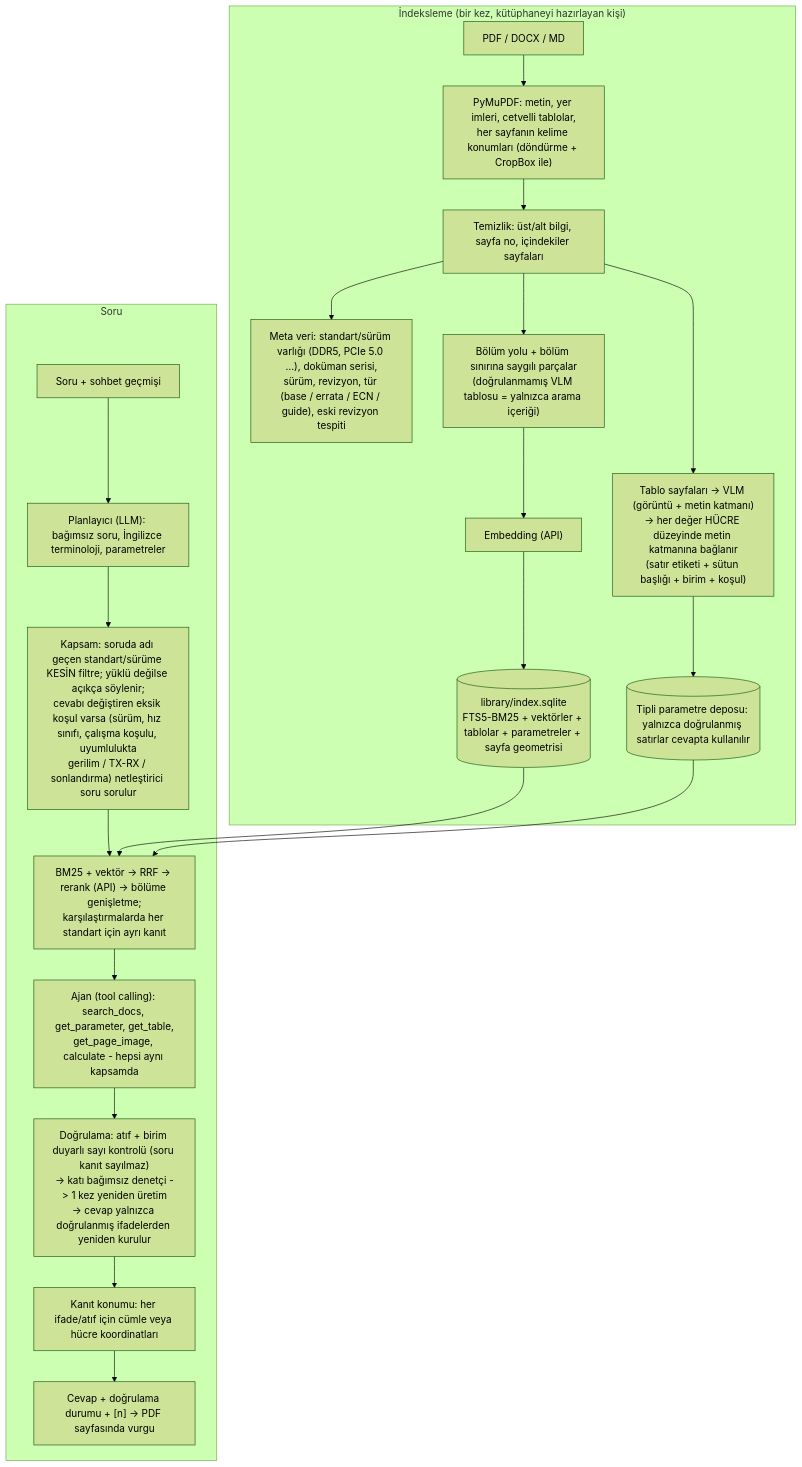
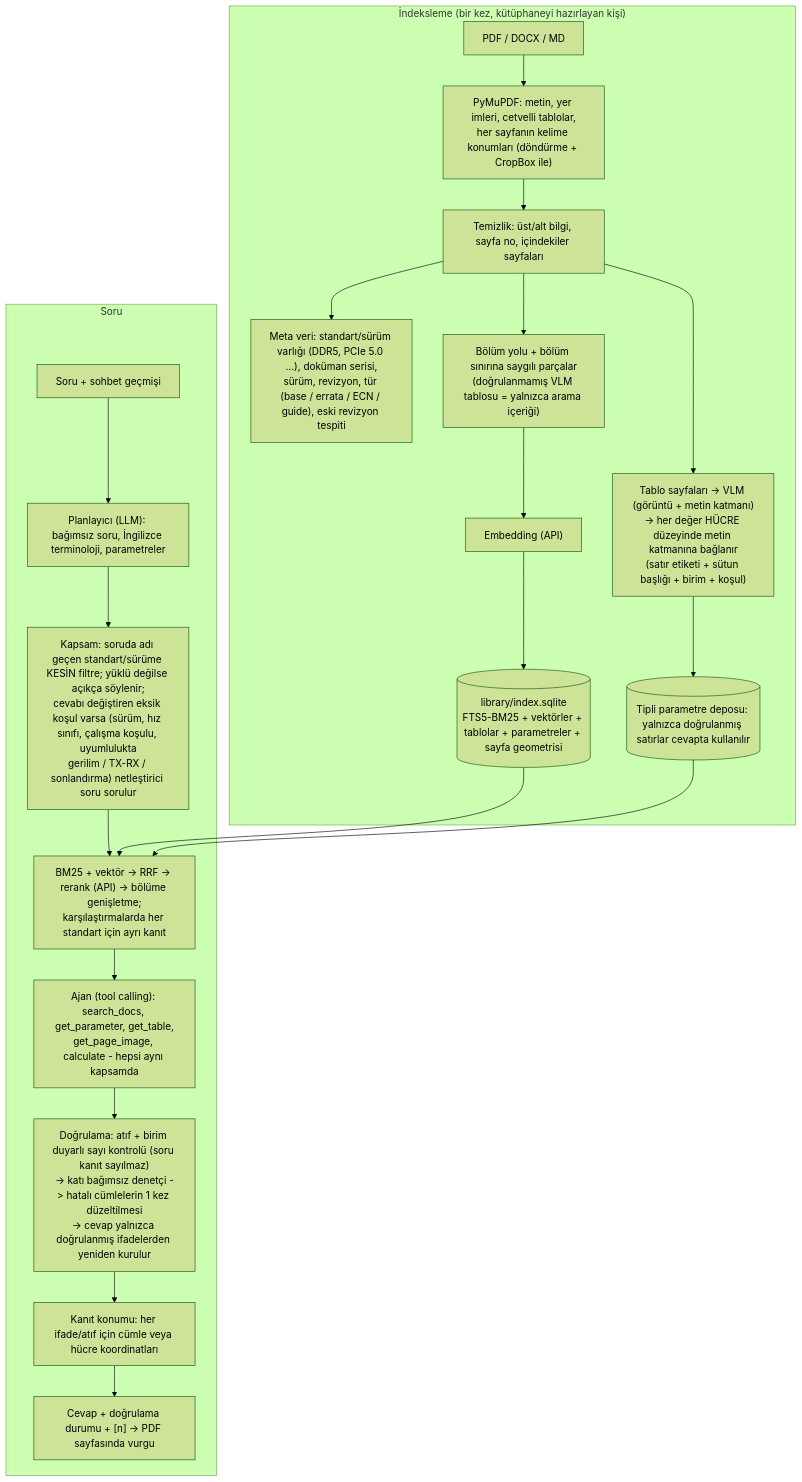
One commit to berkaytoptas12-commits/STU changed the diagram in README.md. Above: the diagram before and after it, drawn with Mermaid (forest theme). The commit also changed other lines of this file and 9 other files, not shown here.

````diff
--- a/README.md
+++ b/README.md
@@ -21,24 +21,24 @@
 ```mermaid
 flowchart TB
     subgraph Ingest["İndeksleme (bir kez, kütüphaneyi hazırlayan kişi)"]
         A["PDF / DOCX / MD"] --> B["PyMuPDF: metin, yer imleri, cetvelli tablolar,<br/>her sayfanın kelime konumları (döndürme + CropBox ile)"]
         B --> C["Temizlik: üst/alt bilgi, sayfa no, içindekiler sayfaları"]
         C --> M["Meta veri: standart/sürüm varlığı (DDR5, PCIe 5.0 …), doküman serisi,<br/>sürüm, revizyon, tür (base / errata / ECN / guide), eski revizyon tespiti"]
         C --> V["Tablo sayfaları -> VLM (görüntü + metin katmanı)<br/>-> her değer HÜCRE düzeyinde metin katmanına bağlanır<br/>(satır etiketi + sütun başlığı + birim + koşul)"]
         V --> P[("Tipli parametre deposu: yalnızca doğrulanmış satırlar cevapta kullanılır")]
         C --> D["Bölüm yolu + bölüm sınırına saygılı parçalar<br/>(doğrulanmamış VLM tablosu = yalnızca arama içeriği)"]
         D --> E["Embedding (API)"]
         E --> F[("library/index.sqlite<br/>FTS5-BM25 + vektörler + tablolar + parametreler + sayfa geometrisi")]
     end
     subgraph Ask["Soru"]
         Q["Soru + sohbet geçmişi"] --> PL["Planlayıcı (LLM): bağımsız soru, İngilizce terminoloji, parametreler"]
         PL --> R["Kapsam: soruda adı geçen standart/sürüme KESİN filtre; yüklü değilse açıkça söylenir;<br/>cevabı değiştiren eksik koşul varsa (sürüm, hız sınıfı, çalışma koşulu, uyumlulukta<br/>gerilim / TX-RX / sonlandırma) netleştirici soru sorulur"]
         R --> S["BM25 + vektör -> RRF -> rerank (API) -> bölüme genişletme;<br/>karşılaştırmalarda her standart için ayrı kanıt"]
         F --> S
         P --> S
         S --> AG["Ajan (tool calling): search_docs, get_parameter, get_table,<br/>get_page_image, calculate - hepsi aynı kapsamda"]
-        AG --> VE["Doğrulama: atıf + birim duyarlı sayı kontrolü (soru kanıt sayılmaz)<br/>-> katı bağımsız denetçi -> 1 kez yeniden üretim<br/>-> cevap yalnızca doğrulanmış ifadelerden yeniden kurulur"]
+        AG --> VE["Doğrulama: atıf + birim duyarlı sayı kontrolü (soru kanıt sayılmaz)<br/>-> katı bağımsız denetçi -> hatalı cümlelerin 1 kez düzeltilmesi<br/>-> cevap yalnızca doğrulanmış ifadelerden yeniden kurulur"]
         VE --> L["Kanıt konumu: her ifade/atıf için cümle veya hücre koordinatları"]
         L --> X["Cevap + doğrulama durumu + [n] -> PDF sayfasında vurgu"]
     end
 ```
````
